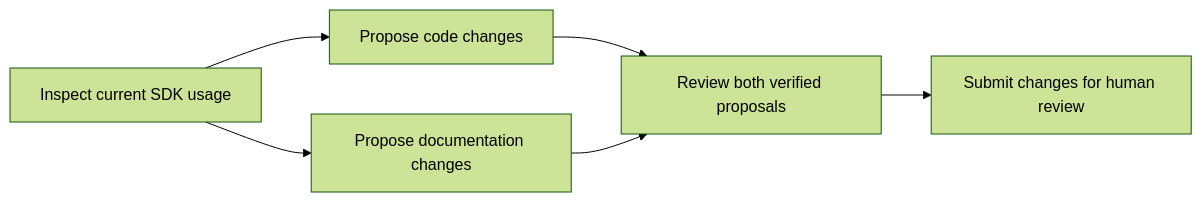
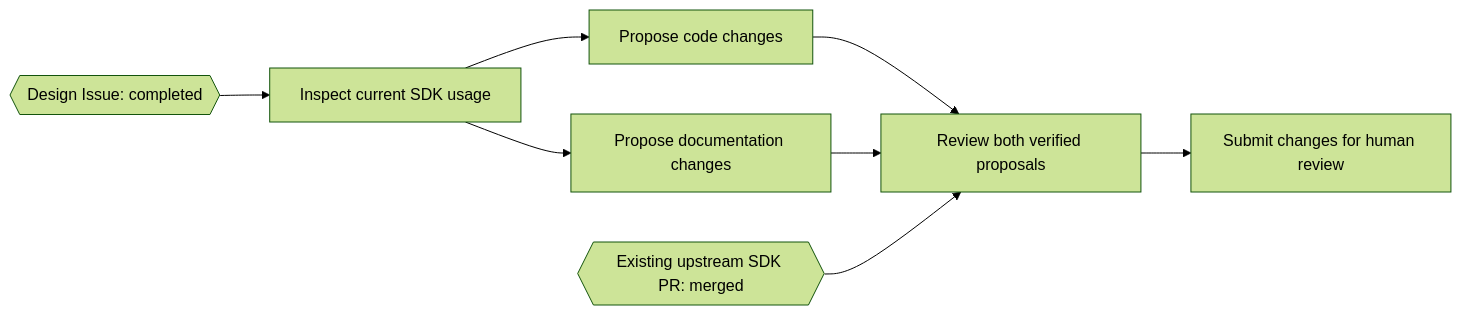
One commit to github/gh-aw changed the second of 18 diagrams in specs/work-queue/priority-and-fairness.md. Above: the diagram before and after it, drawn with Mermaid (forest theme). The commit also changed other lines of this file, not shown here.

Commit message:
Explain fairness and first-class Issue and PR DAG nodes

````diff
--- a/specs/work-queue/priority-and-fairness.md
+++ b/specs/work-queue/priority-and-fairness.md
@@ -37,8 +37,10 @@
 ```mermaid
 flowchart LR
-    Inspect["Inspect current SDK usage"] --> Code["Propose code changes"]
+    Issue{{"Design Issue: completed"}} --> Inspect["Inspect current SDK usage"]
+    Inspect --> Code["Propose code changes"]
     Inspect --> Docs["Propose documentation changes"]
     Code --> Review["Review both verified proposals"]
     Docs --> Review
+    PR{{"Existing upstream SDK PR: merged"}} --> Review
     Review --> Handoff["Submit changes for human review"]
 ```
````
